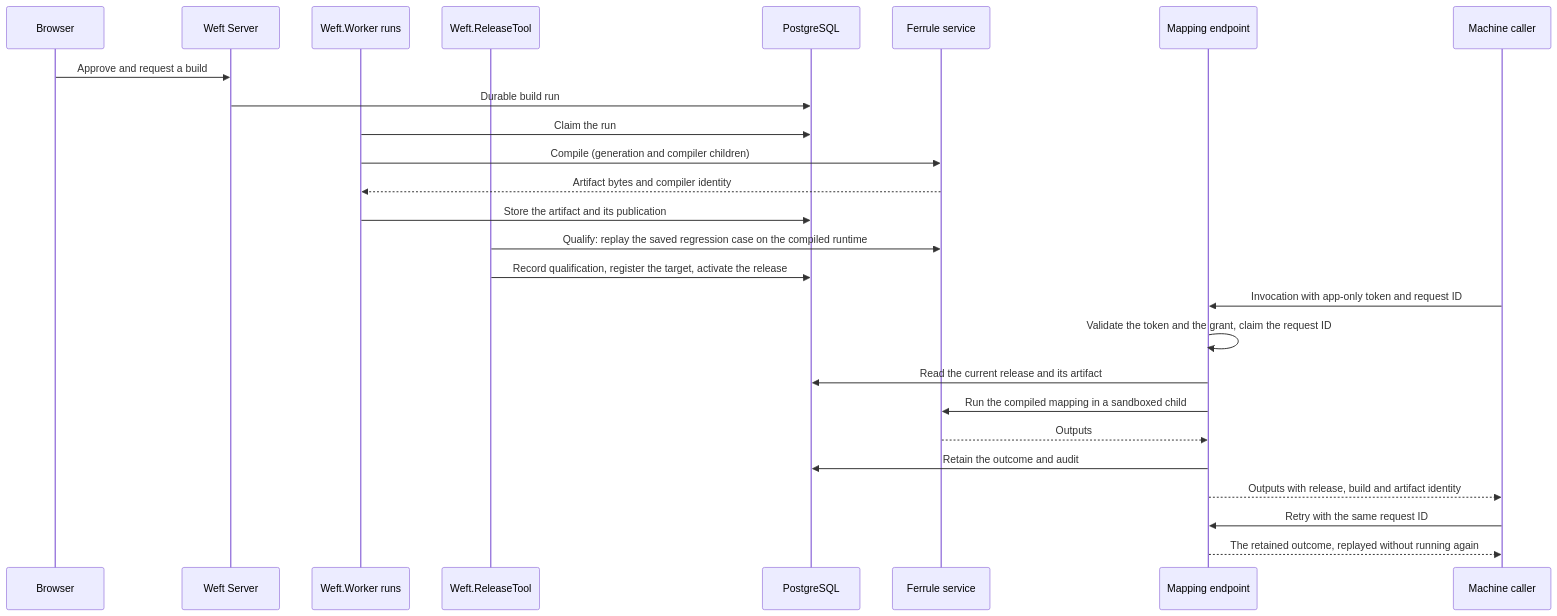
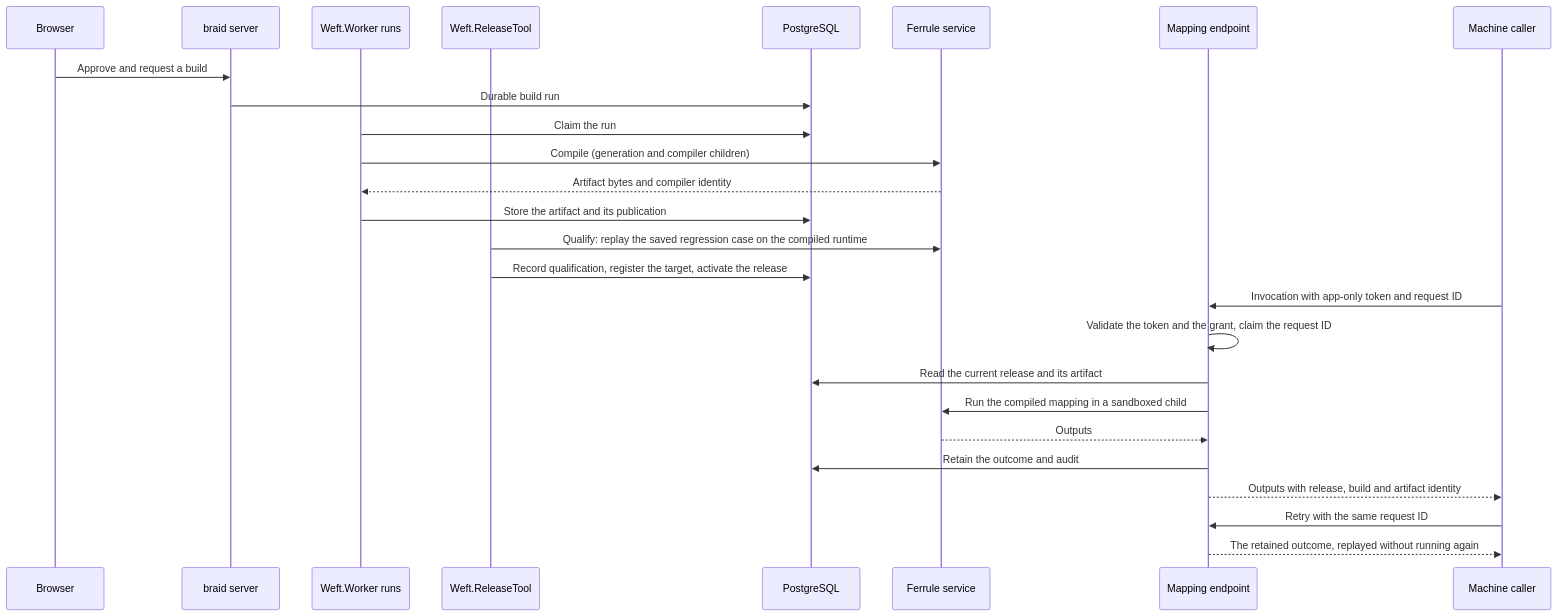
One commit to DeandreT/braid changed the third of 3 diagrams in docs/architecture.md. Above: the diagram before and after it, drawn with Mermaid. The commit also changed other lines of this file and 147 other files, not shown here.

````diff
--- a/docs/architecture.md
+++ b/docs/architecture.md
@@ -117,28 +117,28 @@
 ```mermaid
 sequenceDiagram
     participant B as Browser
-    participant S as Weft Server
+    participant S as braid server
     participant W as Weft.Worker runs
     participant R as Weft.ReleaseTool
     participant P as PostgreSQL
     participant F as Ferrule service
     participant E as Mapping endpoint
     participant M as Machine caller
     B->>S: Approve and request a build
     S->>P: Durable build run
     W->>P: Claim the run
     W->>F: Compile (generation and compiler children)
     F-->>W: Artifact bytes and compiler identity
     W->>P: Store the artifact and its publication
     R->>F: Qualify: replay the saved regression case on the compiled runtime
     R->>P: Record qualification, register the target, activate the release
     M->>E: Invocation with app-only token and request ID
     E->>E: Validate the token and the grant, claim the request ID
     E->>P: Read the current release and its artifact
     E->>F: Run the compiled mapping in a sandboxed child
     F-->>E: Outputs
     E->>P: Retain the outcome and audit
     E-->>M: Outputs with release, build and artifact identity
     M->>E: Retry with the same request ID
     E-->>M: The retained outcome, replayed without running again
 ```
````
